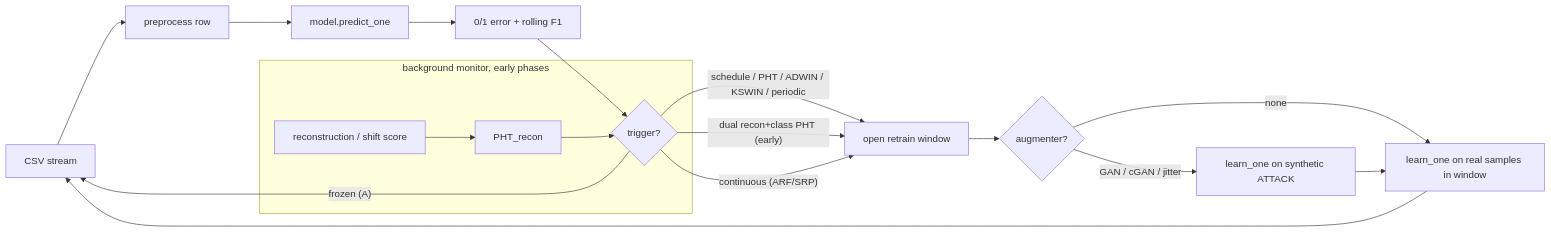
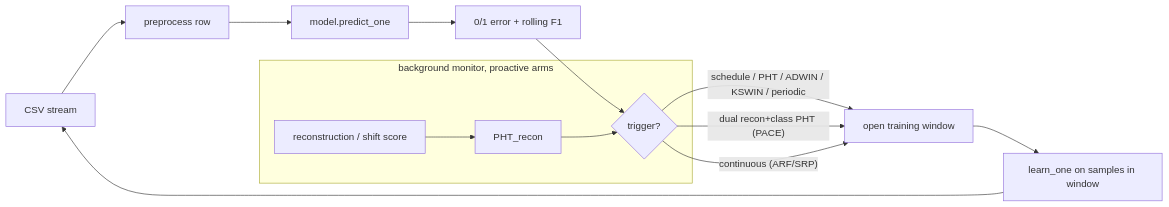
Before and after one commit to antoniol00/pace-drift: the diagram in docs/architecture.md, drawn with Mermaid. The commit also changed other lines of this file and 65 other files, not shown here.

````diff
--- a/docs/architecture.md
+++ b/docs/architecture.md
@@ -32,19 +30,15 @@
 ```mermaid
 flowchart LR
     S[CSV stream] --> P[preprocess row]
     P --> M[model.predict_one]
     M --> E[0/1 error + rolling F1]
     E --> T{trigger?}
-    T -- "frozen (A)" --> S
-    T -- "schedule / PHT / ADWIN / KSWIN / periodic" --> W[open retrain window]
-    T -- "dual recon+class PHT (early)" --> W
+    T -- "schedule / PHT / ADWIN / KSWIN / periodic" --> W[open training window]
+    T -- "dual recon+class PHT (PACE)" --> W
     T -- "continuous (ARF/SRP)" --> W
-    W --> G{augmenter?}
-    G -- "GAN / cGAN / jitter" --> A2[learn_one on synthetic ATTACK]
-    G -- "none" --> LW[learn_one on real samples in window]
-    A2 --> LW
+    W --> LW[learn_one on samples in window]
     LW --> S
-    subgraph monitor [background monitor, early phases]
+    subgraph monitor [background monitor, proactive arms]
       MO[reconstruction / shift score] --> RP[PHT_recon] --> T
     end
 ```
````
